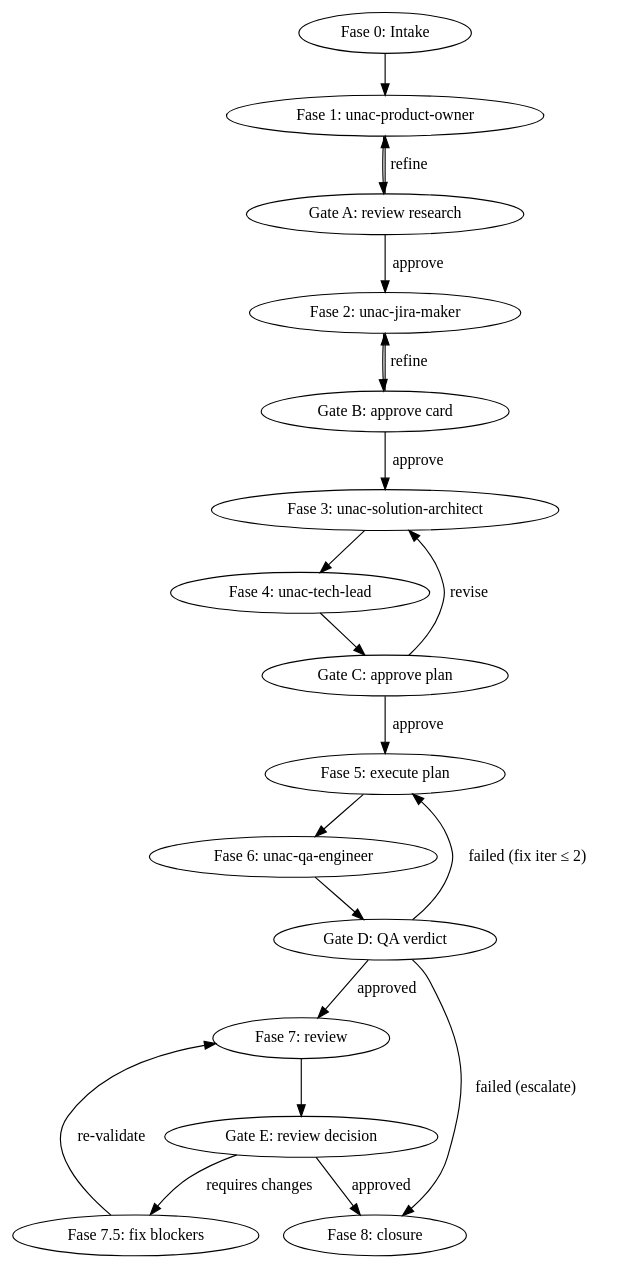
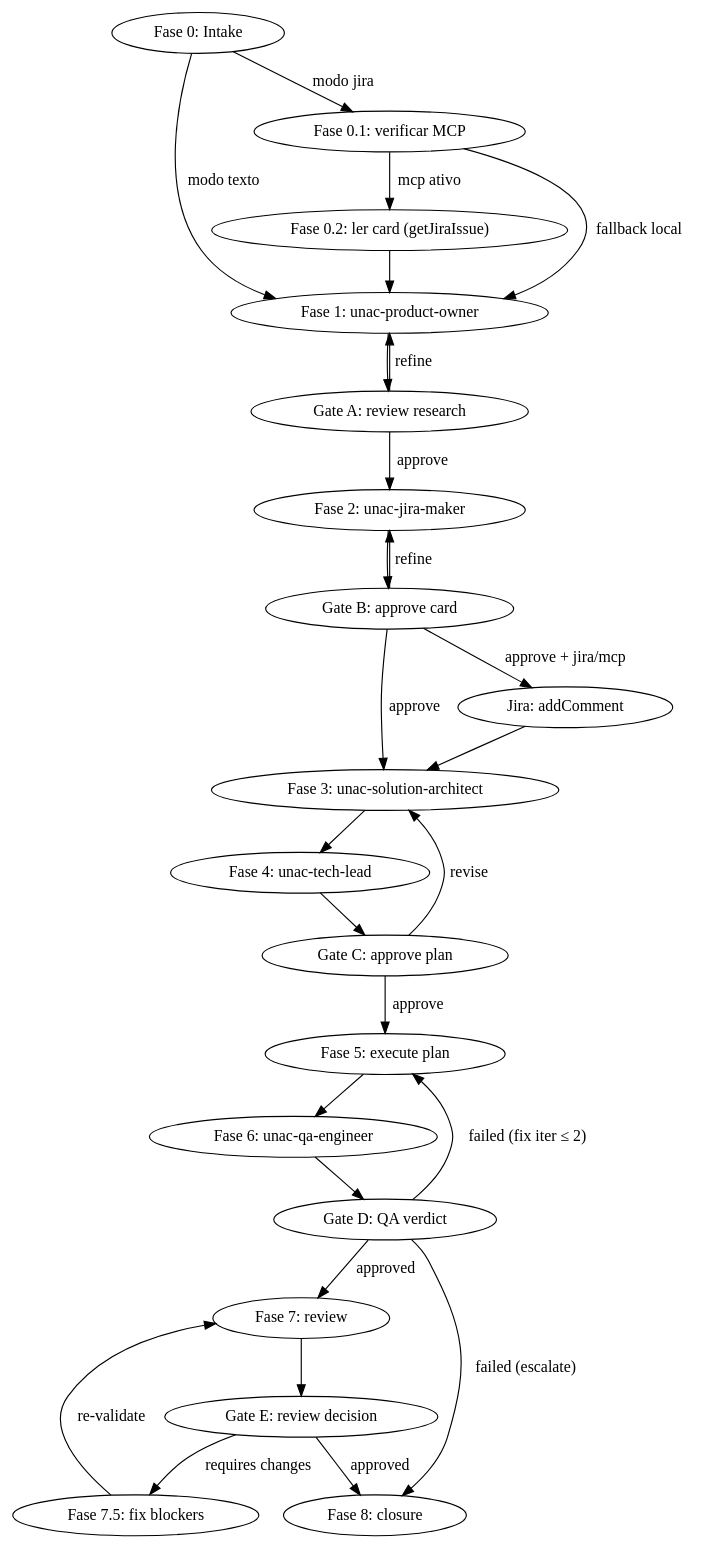
One commit to uesleinasch/unac-agents changed the diagram in packages/unac-agents/assets/skills-claude/unac-pipeline/SKILL.md. Above: the diagram before and after it, drawn with Graphviz. The commit also changed other lines of this file and 1 other file, not shown here.

First line of the commit message:
feat: add Jira link intake to unac-pipeline (read card + comment, no new issue)

````diff
--- a/packages/unac-agents/assets/skills-claude/unac-pipeline/SKILL.md
+++ b/packages/unac-agents/assets/skills-claude/unac-pipeline/SKILL.md
@@ -34,24 +34,30 @@
 ```dot
 digraph unac_pipeline {
-    "Fase 0: Intake" -> "Fase 1: unac-product-owner";
+    "Fase 0: Intake" -> "Fase 1: unac-product-owner" [label="modo texto"];
+    "Fase 0: Intake" -> "Fase 0.1: verificar MCP" [label="modo jira"];
+    "Fase 0.1: verificar MCP" -> "Fase 0.2: ler card (getJiraIssue)" [label="mcp ativo"];
+    "Fase 0.1: verificar MCP" -> "Fase 1: unac-product-owner" [label="fallback local"];
+    "Fase 0.2: ler card (getJiraIssue)" -> "Fase 1: unac-product-owner";
     "Fase 1: unac-product-owner" -> "Gate A: review research";
     "Gate A: review research" -> "Fase 2: unac-jira-maker" [label="approve"];
     "Gate A: review research" -> "Fase 1: unac-product-owner" [label="refine"];
     "Fase 2: unac-jira-maker" -> "Gate B: approve card";
     "Gate B: approve card" -> "Fase 3: unac-solution-architect" [label="approve"];
+    "Gate B: approve card" -> "Jira: addComment" [label="approve + jira/mcp"];
+    "Jira: addComment" -> "Fase 3: unac-solution-architect";
     "Gate B: approve card" -> "Fase 2: unac-jira-maker" [label="refine"];
     "Fase 3: unac-solution-architect" -> "Fase 4: unac-tech-lead";
     "Fase 4: unac-tech-lead" -> "Gate C: approve plan";
     "Gate C: approve plan" -> "Fase 5: execute plan" [label="approve"];
     "Gate C: approve plan" -> "Fase 3: unac-solution-architect" [label="revise"];
     "Fase 5: execute plan" -> "Fase 6: unac-qa-engineer";
     "Fase 6: unac-qa-engineer" -> "Gate D: QA verdict";
     "Gate D: QA verdict" -> "Fase 7: review" [label="approved"];
     "Gate D: QA verdict" -> "Fase 5: execute plan" [label="failed (fix iter ≤ 2)"];
     "Gate D: QA verdict" -> "Fase 8: closure" [label="failed (escalate)"];
     "Fase 7: review" -> "Gate E: review decision";
     "Gate E: review decision" -> "Fase 8: closure" [label="approved"];
     "Gate E: review decision" -> "Fase 7.5: fix blockers" [label="requires changes"];
     "Fase 7.5: fix blockers" -> "Fase 7: review" [label="re-validate"];
 }
 ```
````
